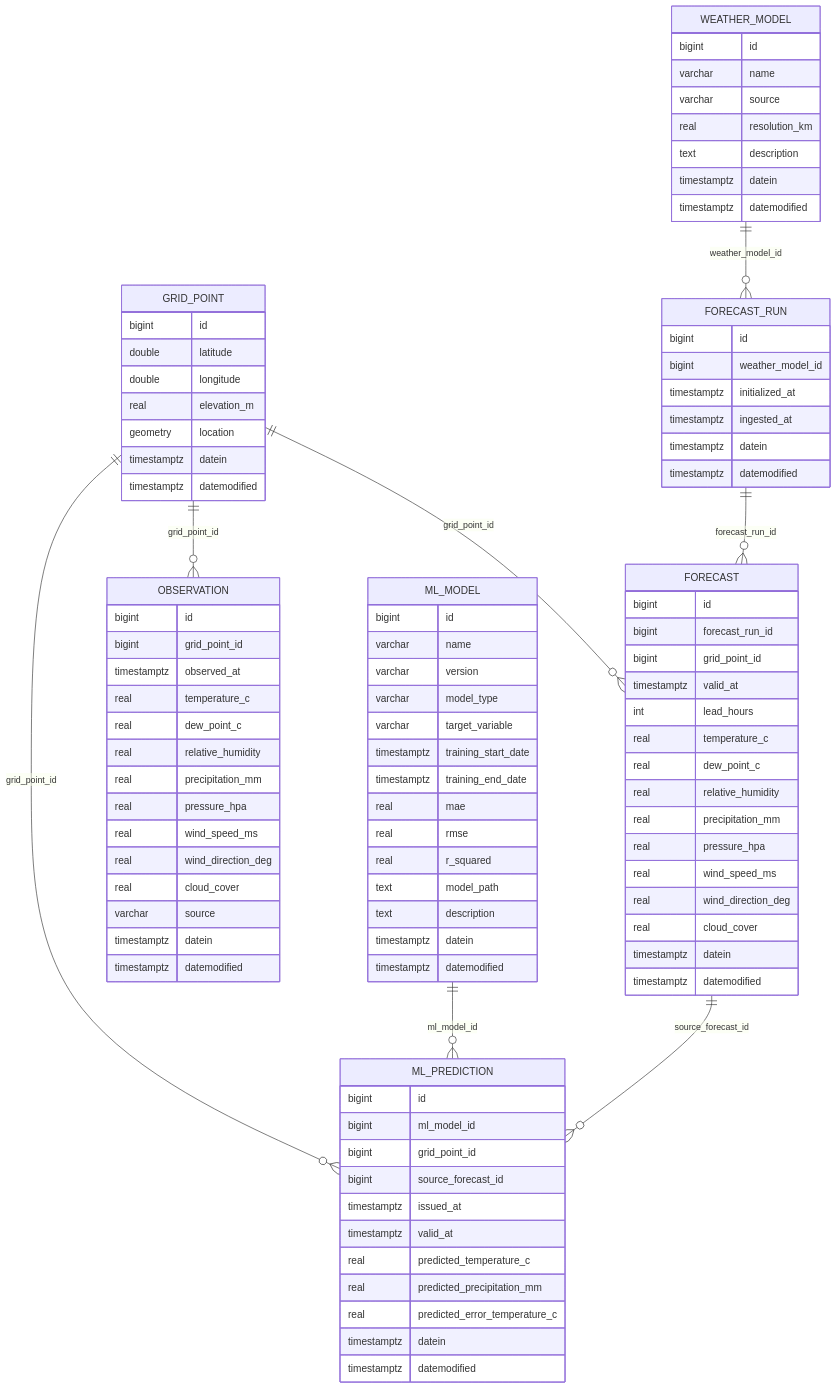
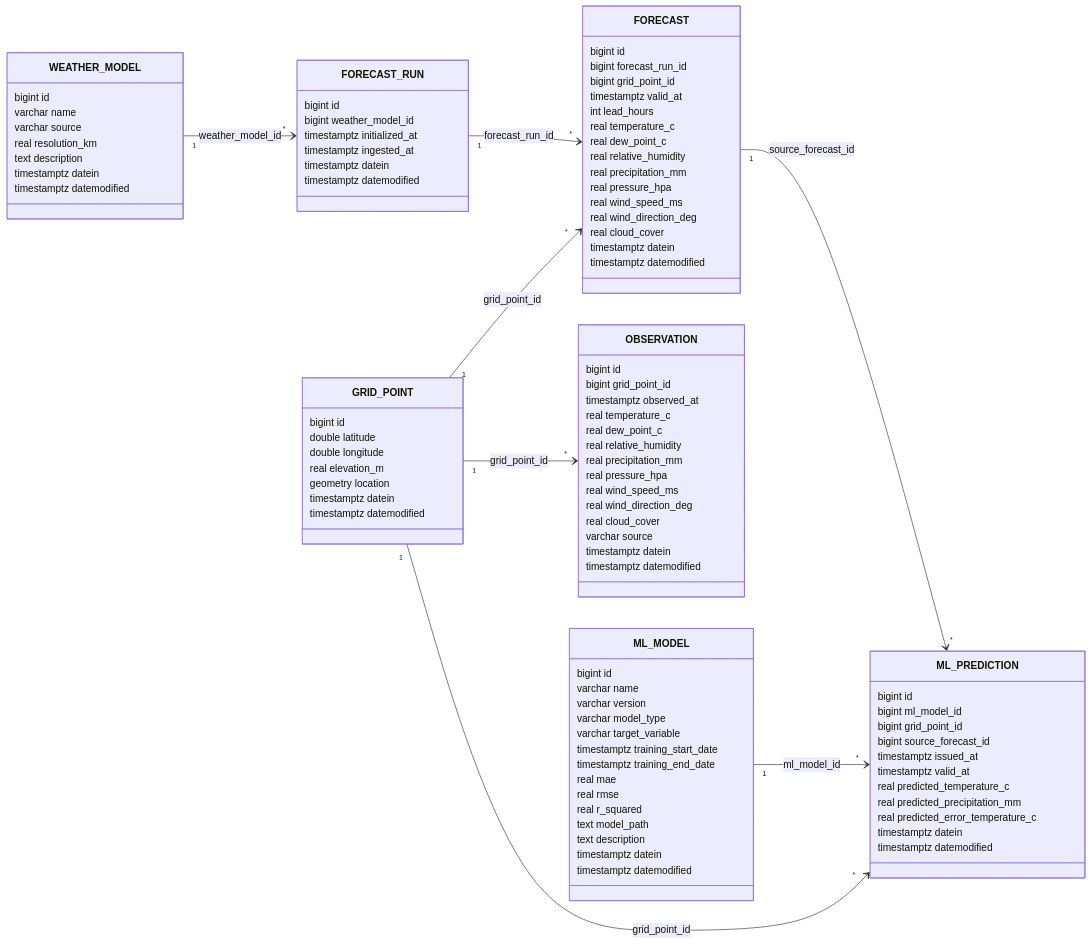
Before and after one commit to Buffalo-Machine-Learning/WeatherMapping: the second of 2 diagrams in README.md, drawn with Mermaid.

Commit message:
fix coloring

````diff
--- a/README.md
+++ b/README.md
@@ -100,6 +100,8 @@
 ```mermaid
-erDiagram
-    WEATHER_MODEL {
+classDiagram
+    direction LR
+
+    class WEATHER_MODEL {
         bigint id
         varchar name
         varchar source
@@ -109,17 +111,7 @@
         timestamptz datemodified
     }
 
-    GRID_POINT {
-        bigint id
-        double latitude
-        double longitude
-        real elevation_m
-        geometry location
-        timestamptz datein
-        timestamptz datemodified
-    }
-
-    FORECAST_RUN {
+    class FORECAST_RUN {
         bigint id
         bigint weather_model_id
         timestamptz initialized_at
@@ -128,7 +120,7 @@
         timestamptz datemodified
     }
 
-    FORECAST {
+    class FORECAST {
         bigint id
         bigint forecast_run_id
         bigint grid_point_id
@@ -146,7 +138,17 @@
         timestamptz datemodified
     }
 
-    OBSERVATION {
+    class GRID_POINT {
+        bigint id
+        double latitude
+        double longitude
+        real elevation_m
+        geometry location
+        timestamptz datein
+        timestamptz datemodified
+    }
+
+    class OBSERVATION {
         bigint id
         bigint grid_point_id
         timestamptz observed_at
@@ -163,7 +165,7 @@
         timestamptz datemodified
     }
 
-    ML_MODEL {
+    class ML_MODEL {
         bigint id
         varchar name
         varchar version
@@ -180,7 +182,7 @@
         timestamptz datemodified
     }
 
-    ML_PREDICTION {
+    class ML_PREDICTION {
         bigint id
         bigint ml_model_id
         bigint grid_point_id
@@ -194,11 +196,23 @@
         timestamptz datemodified
     }
 
-    WEATHER_MODEL ||--o{ FORECAST_RUN : weather_model_id
-    FORECAST_RUN ||--o{ FORECAST : forecast_run_id
-    GRID_POINT ||--o{ FORECAST : grid_point_id
-    GRID_POINT ||--o{ OBSERVATION : grid_point_id
-    GRID_POINT ||--o{ ML_PREDICTION : grid_point_id
-    ML_MODEL ||--o{ ML_PREDICTION : ml_model_id
-    FORECAST ||--o{ ML_PREDICTION : source_forecast_id
+
+    WEATHER_MODEL "1" --> "*" FORECAST_RUN : weather_model_id
+    FORECAST_RUN "1" --> "*" FORECAST : forecast_run_id
+
+    GRID_POINT "1" --> "*" FORECAST : grid_point_id
+    GRID_POINT "1" --> "*" OBSERVATION : grid_point_id
+
+    ML_MODEL "1" --> "*" ML_PREDICTION : ml_model_id
+    GRID_POINT "1" --> "*" ML_PREDICTION : grid_point_id
+    FORECAST "1" --> "*" ML_PREDICTION : source_forecast_id
+
+
+    classDef forecastData fill:#dbeafe,stroke:#2563eb,color:#172554,stroke-width:2px
+    classDef geographicData fill:#dcfce7,stroke:#16a34a,color:#052e16,stroke-width:2px
+    classDef machineLearning fill:#f3e8ff,stroke:#9333ea,color:#3b0764,stroke-width:2px
+
+    cssClass "WEATHER_MODEL,FORECAST_RUN,FORECAST" forecastData
+    cssClass "GRID_POINT,OBSERVATION" geographicData
+    cssClass "ML_MODEL,ML_PREDICTION" machineLearning
 ```
````
